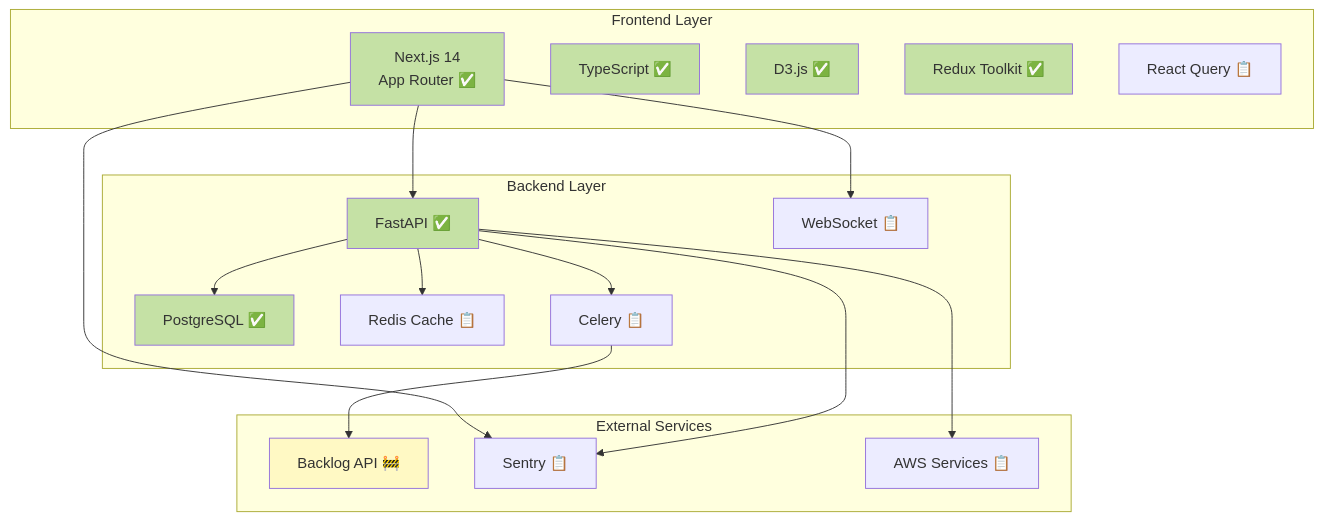
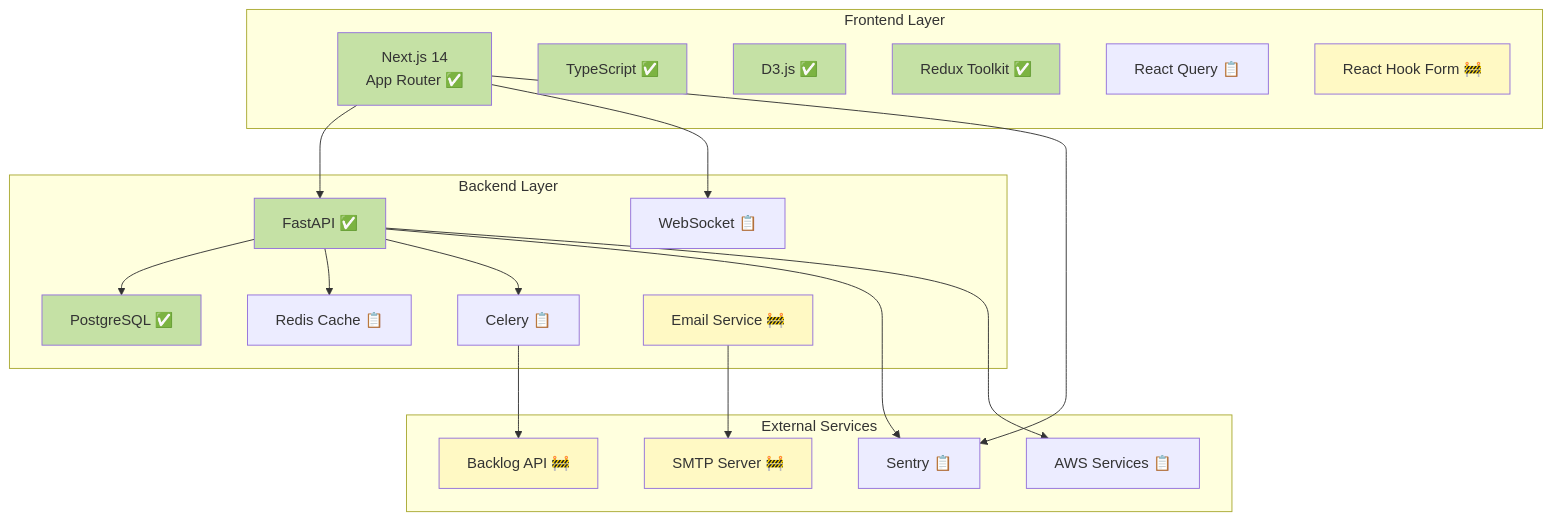
One commit to rasshii/team-insight changed the tenth of 13 diagrams in Doc/mvp.md. Above: the diagram before and after it, drawn with Mermaid. The commit also changed other lines of this file and 17 other files, not shown here.

````diff
--- a/Doc/mvp.md
+++ b/Doc/mvp.md
@@ -445,42 +562,49 @@
 ```mermaid
 graph TB
     subgraph "Frontend Layer"
         A[Next.js 14<br>App Router ✅]
         B[TypeScript ✅]
         C[D3.js ✅]
         D[Redux Toolkit ✅]
         E[React Query 📋]
+        F[React Hook Form 🚧]
     end
 
     subgraph "Backend Layer"
-        F[FastAPI ✅]
-        G[PostgreSQL ✅]
-        H[Redis Cache 📋]
-        I[Celery 📋]
-        J[WebSocket 📋]
+        G[FastAPI ✅]
+        H[PostgreSQL ✅]
+        I[Redis Cache 📋]
+        J[Celery 📋]
+        K[WebSocket 📋]
+        L[Email Service 🚧]
     end
 
     subgraph "External Services"
-        K[Backlog API 🚧]
-        L[Sentry 📋]
-        M[AWS Services 📋]
+        M[Backlog API 🚧]
+        N[SMTP Server 🚧]
+        O[Sentry 📋]
+        P[AWS Services 📋]
     end
 
-    A --> F
-    F --> G
-    F --> H
-    F --> I
-    A --> J
-    I --> K
-    A --> L
-    F --> L
-    F --> M
+    A --> G
+    G --> H
+    G --> I
+    G --> J
+    A --> K
+    J --> M
+    L --> N
+    A --> O
+    G --> O
+    G --> P
 
     style A fill:#c5e1a5
     style B fill:#c5e1a5
     style C fill:#c5e1a5
     style D fill:#c5e1a5
-    style F fill:#c5e1a5
+    style F fill:#fff9c4
     style G fill:#c5e1a5
-    style K fill:#fff9c4
+    style H fill:#c5e1a5
+    style L fill:#fff9c4
+    style M fill:#fff9c4
+    style N fill:#fff9c4
 ```
````
